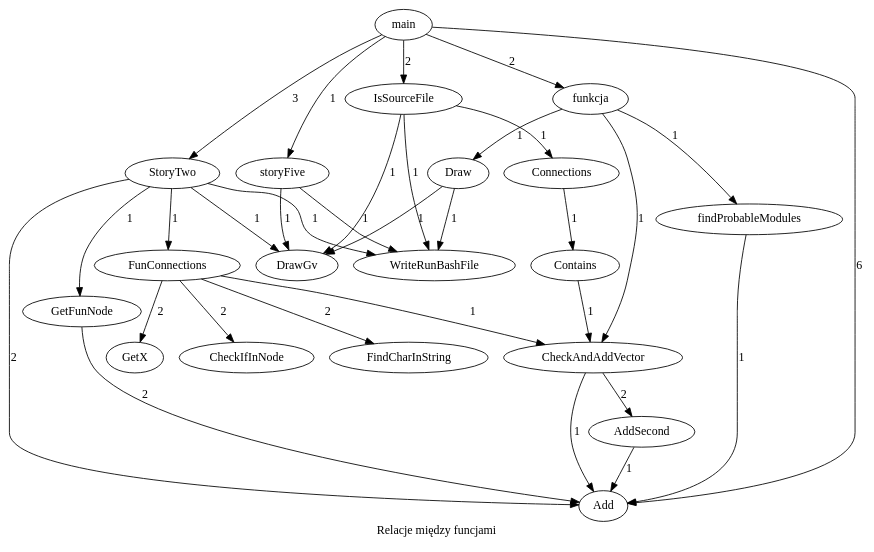
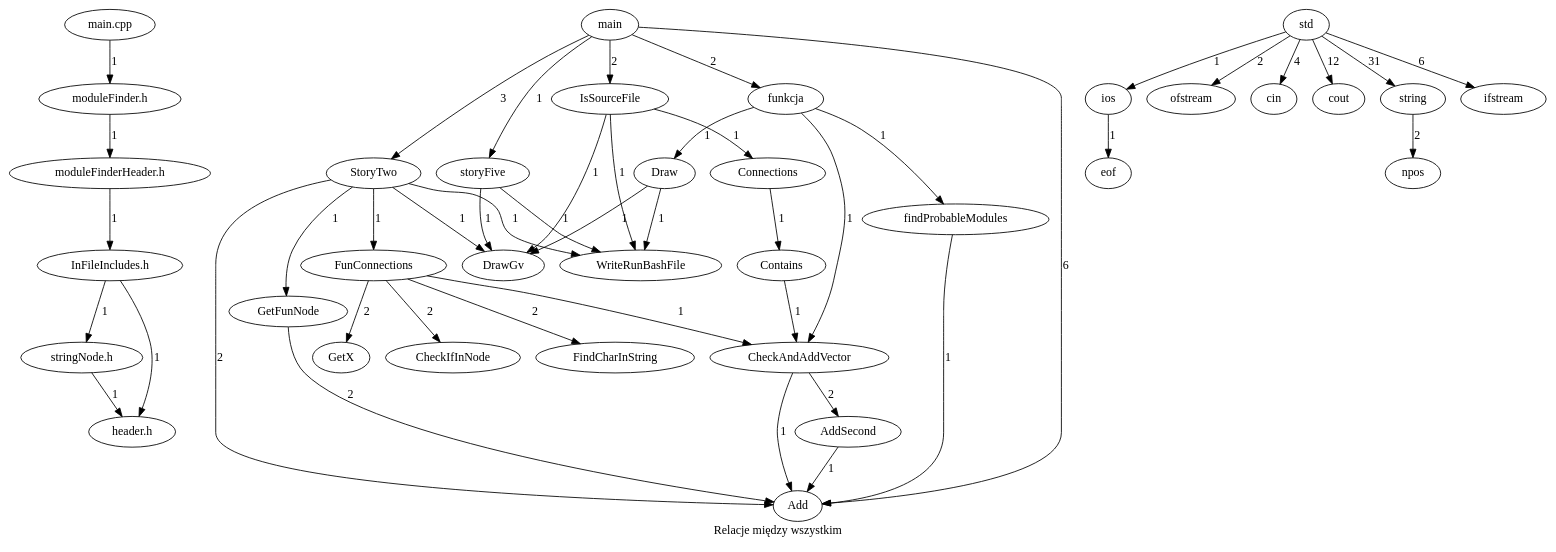
One commit to Work-In-Progress-Bananna-Knife/A-La-Projet-Un- changed the diagram in Data.gv. Above: the diagram before and after it, drawn with Graphviz. The commit also changed 5 other files, not shown here.

```diff
--- a/Data.gv
+++ b/Data.gv
@@ -1,33 +1,47 @@
 digraph foo{
-label ="Relacje między funcjami""main"->"storyFive" [label = "1"];
+label ="Relacje między wszystkim""moduleFinder.h"->"moduleFinderHeader.h" [label = "1"];
+"moduleFinderHeader.h"->"InFileIncludes.h" [label = "1"];
+"stringNode.h"->"header.h" [label = "1"];
+"main.cpp"->"moduleFinder.h" [label = "1"];
+"InFileIncludes.h"->"stringNode.h" [label = "1"];
+"InFileIncludes.h"->"header.h" [label = "1"];
+"main"->"storyFive" [label = "1"];
 "main"->"funkcja" [label = "2"];
 "main"->"StoryTwo" [label = "3"];
 "main"->"IsSourceFile" [label = "2"];
 "main"->"Add" [label = "6"];
 "AddSecond"->"Add" [label = "1"];
 "IsSourceFile"->"WriteRunBashFile" [label = "1"];
 "IsSourceFile"->"DrawGv" [label = "1"];
 "IsSourceFile"->"Connections" [label = "1"];
 "Contains"->"CheckAndAddVector" [label = "1"];
 "Connections"->"Contains" [label = "1"];
 "GetFunNode"->"Add" [label = "2"];
 "StoryTwo"->"WriteRunBashFile" [label = "1"];
 "StoryTwo"->"DrawGv" [label = "1"];
 "StoryTwo"->"FunConnections" [label = "1"];
 "StoryTwo"->"GetFunNode" [label = "1"];
 "StoryTwo"->"Add" [label = "2"];
 "FunConnections"->"FindCharInString" [label = "2"];
 "FunConnections"->"CheckAndAddVector" [label = "1"];
 "FunConnections"->"GetX" [label = "2"];
 "FunConnections"->"CheckIfInNode" [label = "2"];
 "CheckAndAddVector"->"Add" [label = "1"];
 "CheckAndAddVector"->"AddSecond" [label = "2"];
 "storyFive"->"WriteRunBashFile" [label = "1"];
 "storyFive"->"DrawGv" [label = "1"];
 "funkcja"->"Draw" [label = "1"];
 "funkcja"->"CheckAndAddVector" [label = "1"];
 "funkcja"->"findProbableModules" [label = "1"];
 "findProbableModules"->"Add" [label = "1"];
 "Draw"->"WriteRunBashFile" [label = "1"];
 "Draw"->"DrawGv" [label = "1"];
+"std"->"ios" [label = "1"];
+"std"->"ofstream" [label = "2"];
+"std"->"cin" [label = "4"];
+"std"->"cout" [label = "12"];
+"std"->"string" [label = "31"];
+"std"->"ifstream" [label = "6"];
+"string"->"npos" [label = "2"];
+"ios"->"eof" [label = "1"];
 }
```
